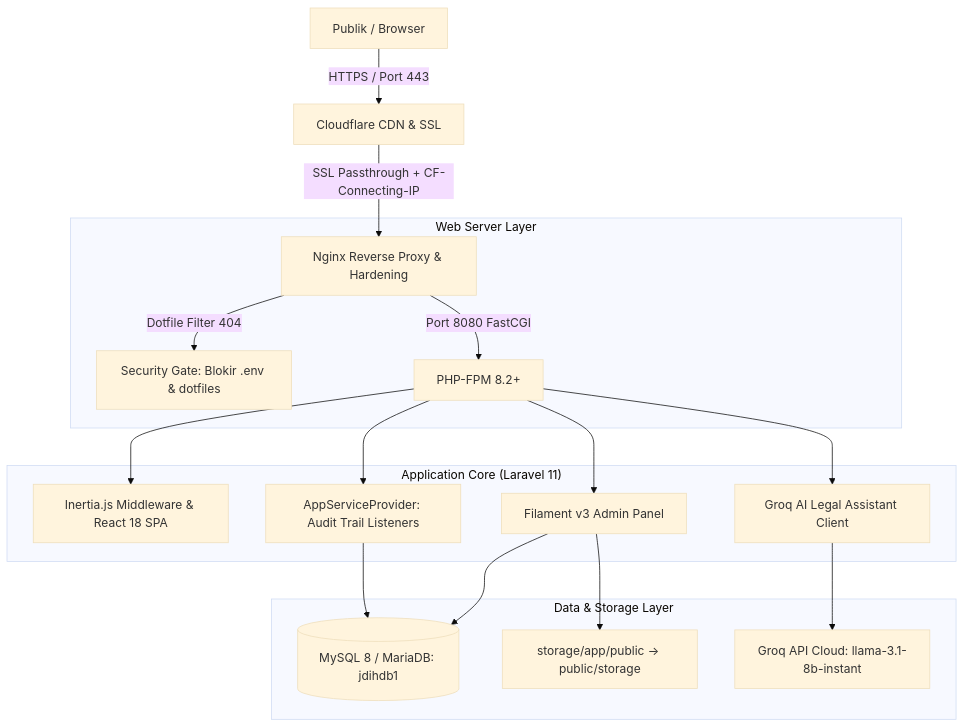
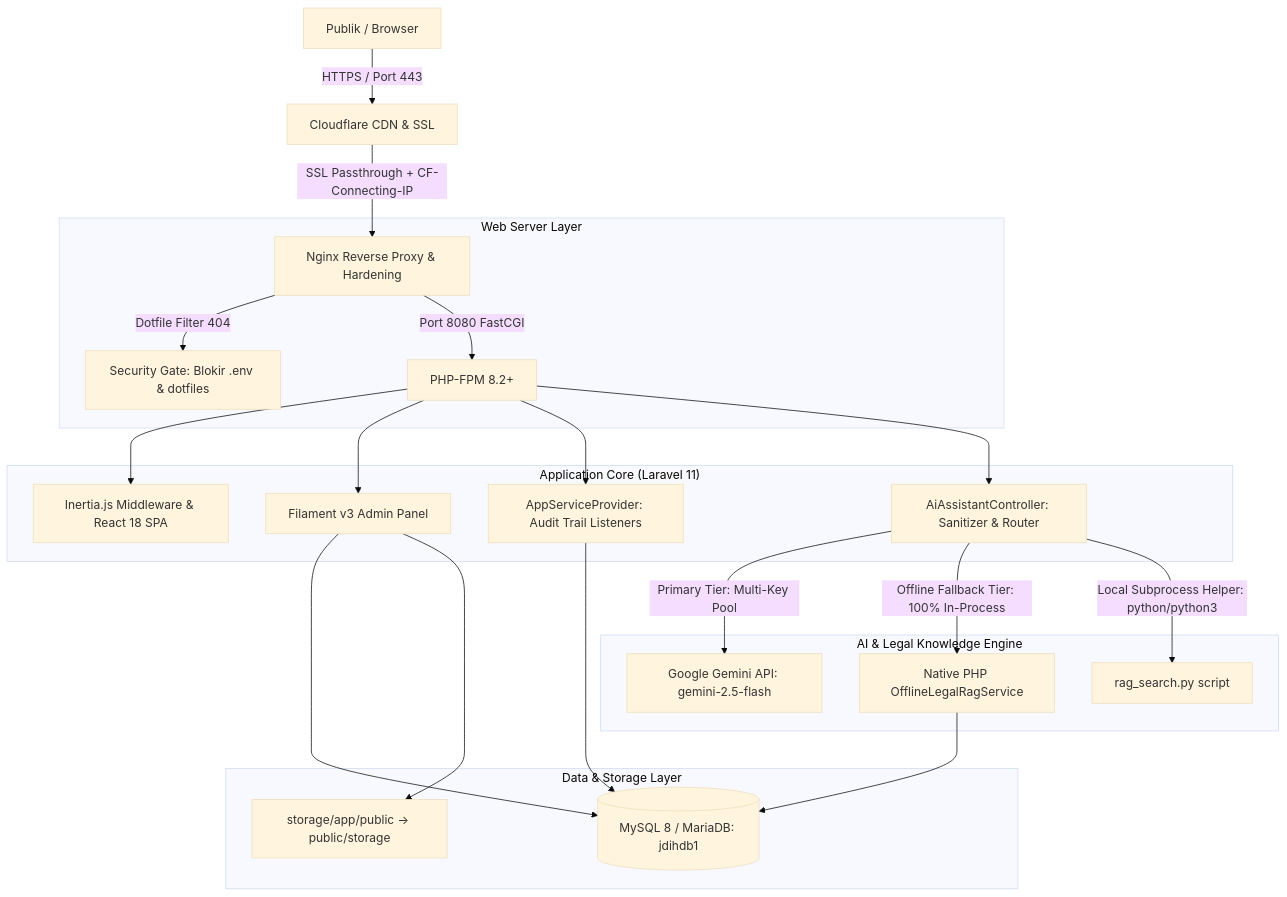
The diagram in .docs/architecture.md (Noisesless/jdih), drawn with Mermaid (base theme) before and after one commit. The commit also changed other lines of this file and 7 other files, not shown here.

Commit message:
docs: synchronize system blueprint, handover, and architecture specs

````diff
--- a/.docs/architecture.md
+++ b/.docs/architecture.md
@@ -5,24 +5,30 @@
 ```mermaid
 graph TD
     Client[Publik / Browser] -->|HTTPS / Port 443| Cloudflare[Cloudflare CDN & SSL]
     Cloudflare -->|SSL Passthrough + CF-Connecting-IP| Nginx[Nginx Reverse Proxy & Hardening]
     
     subgraph "Web Server Layer"
         Nginx -->|Dotfile Filter 404| SecurityGate[Security Gate: Blokir .env & dotfiles]
         Nginx -->|Port 8080 FastCGI| PHP[PHP-FPM 8.2+]
     end
 
     subgraph "Application Core (Laravel 11)"
         PHP --> Inertia[Inertia.js Middleware & React 18 SPA]
         PHP --> Filament[Filament v3 Admin Panel]
         PHP --> AppService[AppServiceProvider: Audit Trail Listeners]
-        PHP --> RAGService[Groq AI Legal Assistant Client]
+        PHP --> AiController[AiAssistantController: Sanitizer & Router]
+    end
+
+    subgraph "AI & Legal Knowledge Engine"
+        AiController -->|Primary Tier: Multi-Key Pool| GeminiService[Google Gemini API: gemini-2.5-flash]
+        AiController -->|Offline Fallback Tier: 100% In-Process| OfflineRAG[Native PHP OfflineLegalRagService]
+        AiController -->|Local Subprocess Helper: python/python3| PythonRAG[rag_search.py script]
     end
 
     subgraph "Data & Storage Layer"
         AppService --> MySQL[(MySQL 8 / MariaDB: jdihdb1)]
         Filament --> MySQL
         Filament --> Storage[storage/app/public -> public/storage]
-        RAGService --> GroqAPI[Groq API Cloud: llama-3.1-8b-instant]
+        OfflineRAG --> MySQL
     end
 ```
````
